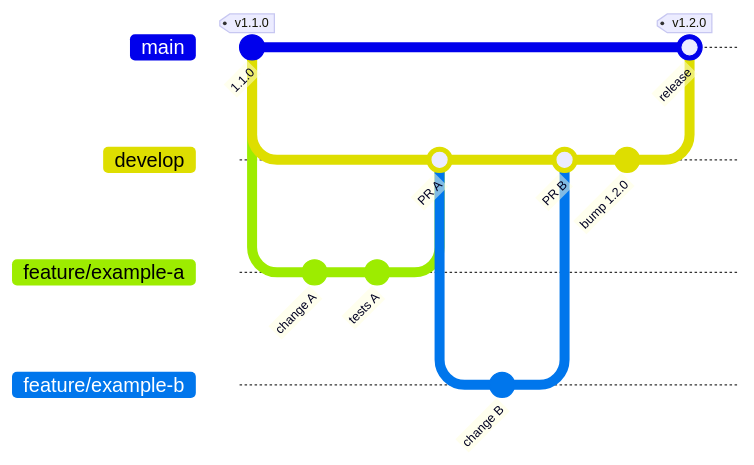
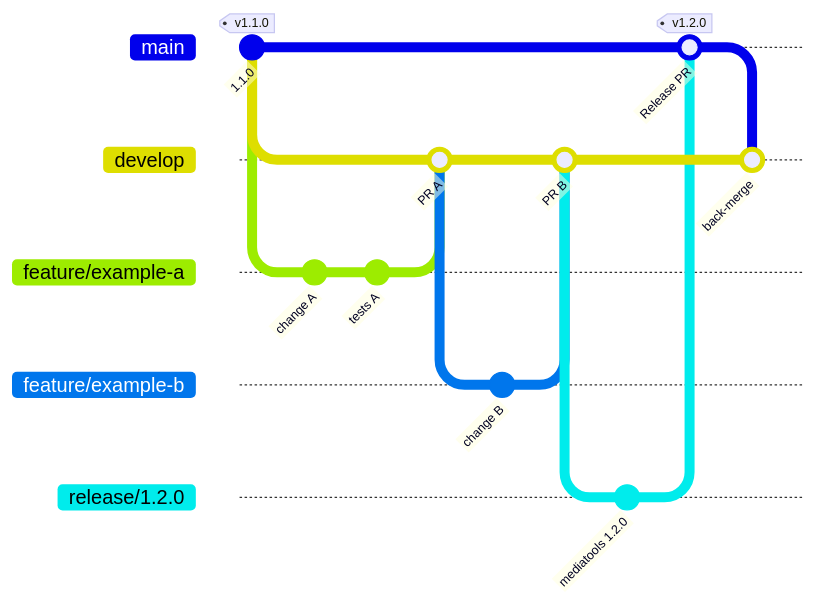
Before and after one commit to peddanet/mediatools: the diagram in docs/img/gitflow.mmd, drawn with Mermaid. The commit also changed 10 other files, not shown here.

```diff
--- a/docs/img/gitflow.mmd
+++ b/docs/img/gitflow.mmd
@@ -1,19 +1,23 @@
 %%{init: {'gitGraph': {'mainBranchName': 'main', 'showCommitLabel': true}} }%%
 gitGraph
     commit id: "1.1.0" tag: "v1.1.0"
     branch develop
     checkout develop
     branch feature/example-a
     checkout feature/example-a
     commit id: "change A"
     commit id: "tests A"
     checkout develop
     merge feature/example-a id: "PR A"
     branch feature/example-b
     checkout feature/example-b
     commit id: "change B"
     checkout develop
     merge feature/example-b id: "PR B"
-    commit id: "bump 1.2.0"
+    branch release/1.2.0
+    checkout release/1.2.0
+    commit id: "mediatools 1.2.0"
     checkout main
-    merge develop id: "release" tag: "v1.2.0"
+    merge release/1.2.0 id: "Release PR" tag: "v1.2.0"
+    checkout develop
+    merge main id: "back-merge"
```
